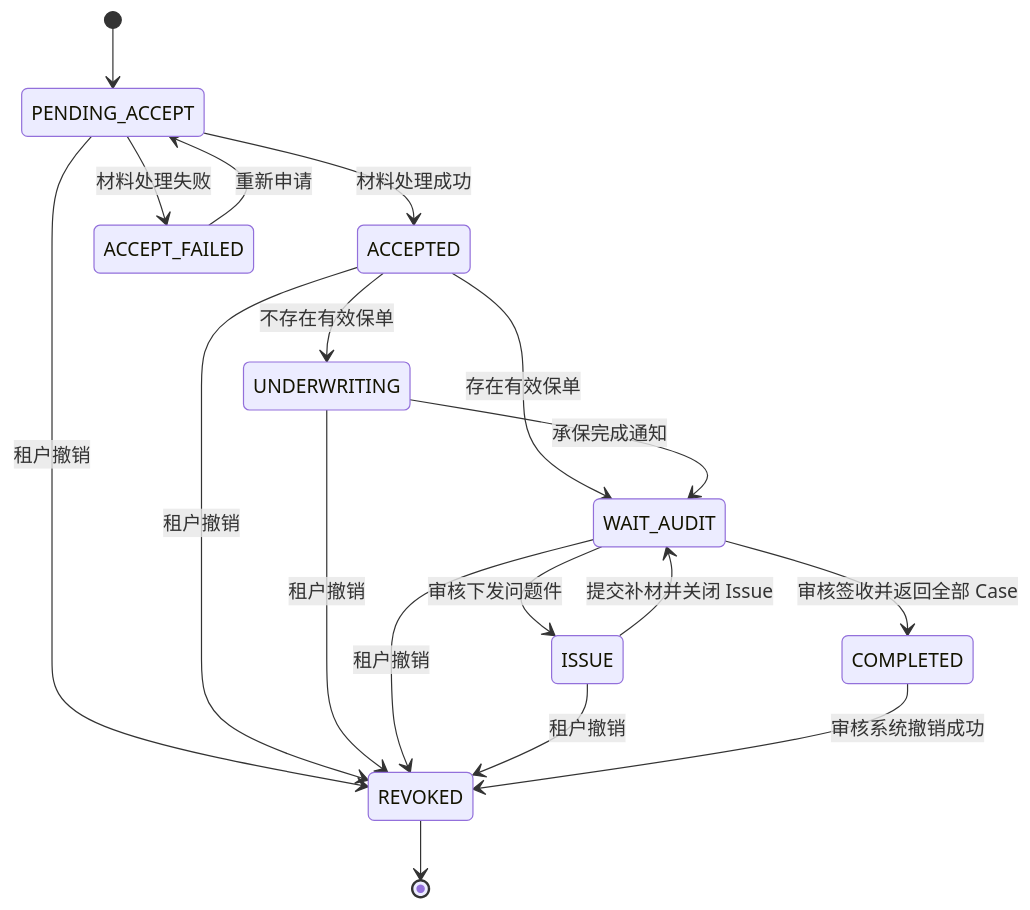
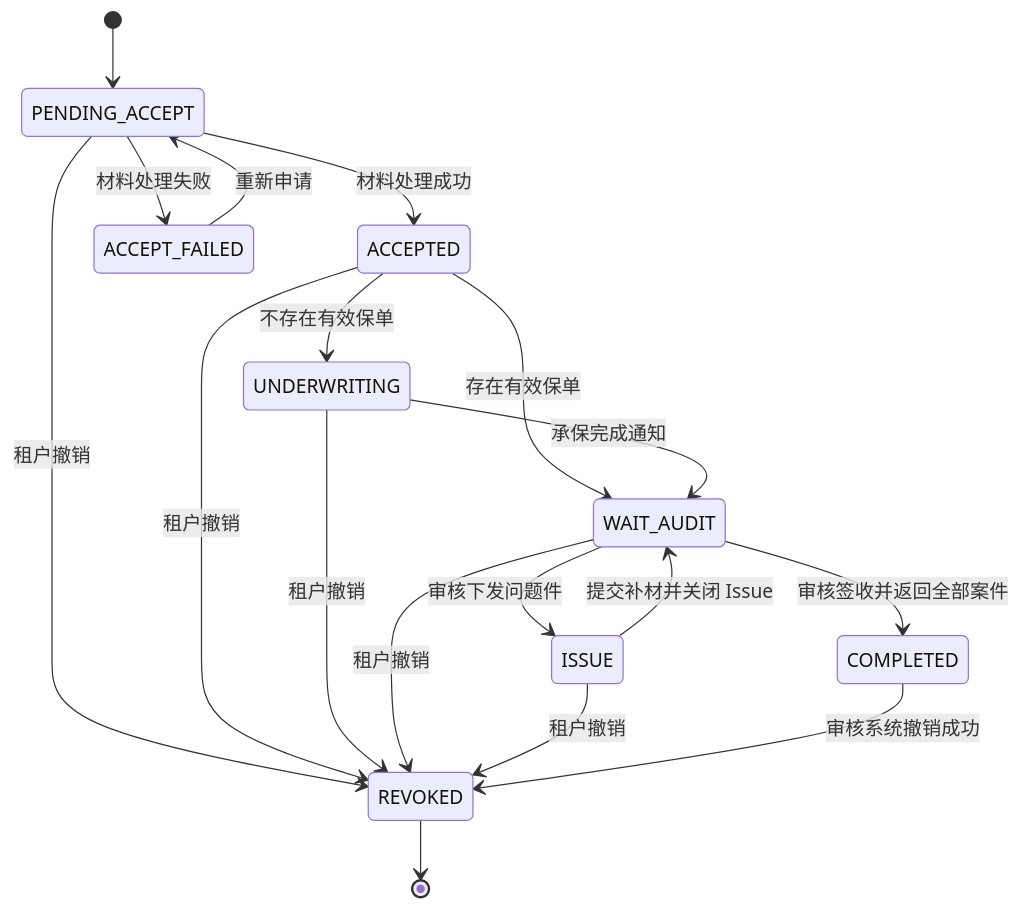
The fourth of 10 diagrams in docs/architecture/claim-application-architecture.md (wangguangwu/claim-integration-platform), drawn with Mermaid before and after one commit. The commit also changed other lines of this file and 299 other files, not shown here.

````diff
--- a/docs/architecture/claim-application-architecture.md
+++ b/docs/architecture/claim-application-architecture.md
@@ -230,25 +237,25 @@
 ```mermaid
 stateDiagram-v2
     [*] --> PENDING_ACCEPT
 
     PENDING_ACCEPT --> ACCEPTED: 材料处理成功
     PENDING_ACCEPT --> ACCEPT_FAILED: 材料处理失败
     ACCEPT_FAILED --> PENDING_ACCEPT: 重新申请
 
     ACCEPTED --> WAIT_AUDIT: 存在有效保单
     ACCEPTED --> UNDERWRITING: 不存在有效保单
     UNDERWRITING --> WAIT_AUDIT: 承保完成通知
 
-    WAIT_AUDIT --> COMPLETED: 审核签收并返回全部 Case
+    WAIT_AUDIT --> COMPLETED: 审核签收并返回全部案件
     WAIT_AUDIT --> ISSUE: 审核下发问题件
     ISSUE --> WAIT_AUDIT: 提交补材并关闭 Issue
 
     PENDING_ACCEPT --> REVOKED: 租户撤销
     ACCEPTED --> REVOKED: 租户撤销
     UNDERWRITING --> REVOKED: 租户撤销
     WAIT_AUDIT --> REVOKED: 租户撤销
     ISSUE --> REVOKED: 租户撤销
     COMPLETED --> REVOKED: 审核系统撤销成功
 
     REVOKED --> [*]
 ```
````
